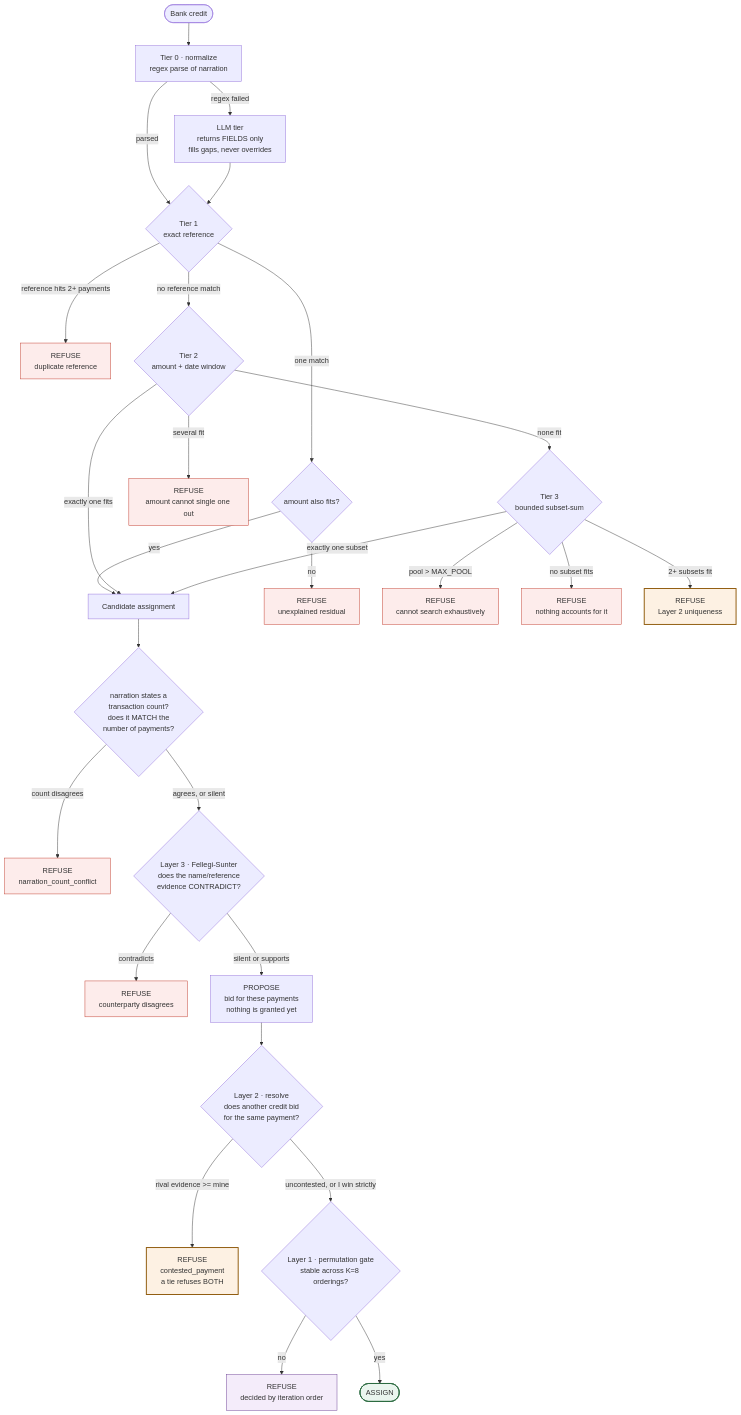
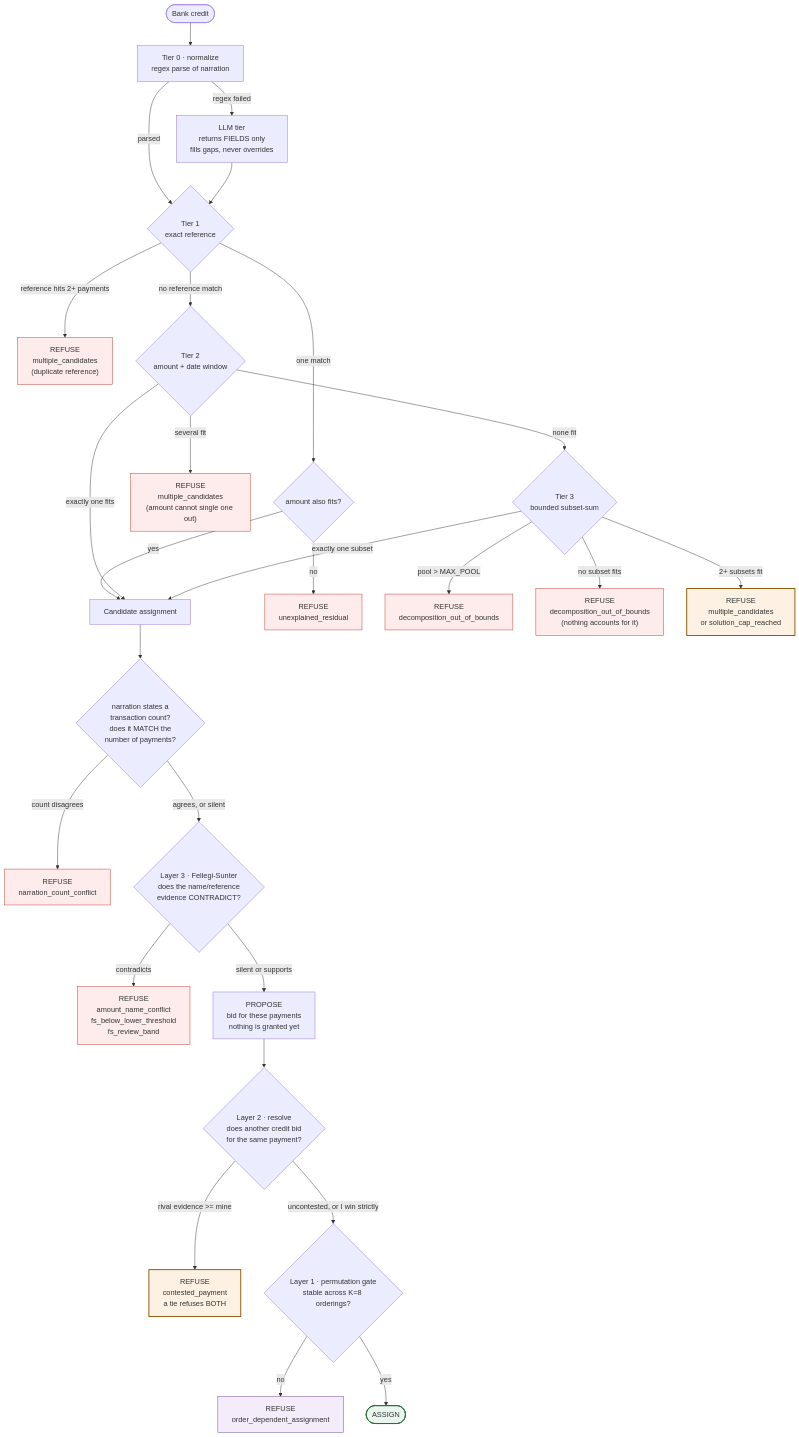
The second of 7 diagrams in docs/FLOWCHARTS.md (baymax-afk/Pramana_RZP_buildathon_reconciliation_agent), drawn with Mermaid before and after one commit. The commit also changed other lines of this file and 5 other files, not shown here.

````diff
--- a/docs/FLOWCHARTS.md
+++ b/docs/FLOWCHARTS.md
@@ -65,50 +65,50 @@
 ```mermaid
 flowchart TD
     START(["Bank credit"]) --> PARSE["Tier 0 · normalize<br/>regex parse of narration"]
     PARSE -->|regex failed| LLM["LLM tier<br/>returns FIELDS only<br/>fills gaps, never overrides"]
     PARSE -->|parsed| T1
     LLM --> T1
 
     T1{"Tier 1<br/>exact reference"}
     T1 -->|one match| CHECK1{"amount also fits?"}
-    T1 -->|reference hits 2+ payments| REF_DUP["REFUSE<br/>duplicate reference"]
+    T1 -->|reference hits 2+ payments| REF_DUP["REFUSE<br/>multiple_candidates<br/>(duplicate reference)"]
     T1 -->|no reference match| T2
 
     CHECK1 -->|yes| ASSIGN
-    CHECK1 -->|no| RESID["REFUSE<br/>unexplained residual"]
+    CHECK1 -->|no| RESID["REFUSE<br/>unexplained_residual"]
 
     T2{"Tier 2<br/>amount + date window"}
     T2 -->|exactly one fits| ASSIGN
-    T2 -->|several fit| MULTI2["REFUSE<br/>amount cannot single one out"]
+    T2 -->|several fit| MULTI2["REFUSE<br/>multiple_candidates<br/>(amount cannot single one out)"]
     T2 -->|none fit| T3
 
     T3{"Tier 3<br/>bounded subset-sum"}
-    T3 -->|pool > MAX_POOL| BOUNDS["REFUSE<br/>cannot search exhaustively"]
-    T3 -->|no subset fits| NONE["REFUSE<br/>nothing accounts for it"]
-    T3 -->|2+ subsets fit| MULTI3["REFUSE<br/>Layer 2 uniqueness"]
+    T3 -->|pool > MAX_POOL| BOUNDS["REFUSE<br/>decomposition_out_of_bounds"]
+    T3 -->|no subset fits| NONE["REFUSE<br/>decomposition_out_of_bounds<br/>(nothing accounts for it)"]
+    T3 -->|2+ subsets fit| MULTI3["REFUSE<br/>multiple_candidates<br/>or solution_cap_reached"]
     T3 -->|exactly one subset| ASSIGN
 
     ASSIGN["Candidate assignment"] --> COUNT{"narration states a<br/>transaction count?<br/>does it MATCH the<br/>number of payments?"}
     COUNT -->|"count disagrees"| CNTNO["REFUSE<br/>narration_count_conflict"]
     COUNT -->|"agrees, or silent"| FS{"Layer 3 · Fellegi-Sunter<br/>does the name/reference<br/>evidence CONTRADICT?"}
-    FS -->|contradicts| FSNO["REFUSE<br/>counterparty disagrees"]
+    FS -->|contradicts| FSNO["REFUSE<br/>amount_name_conflict<br/>fs_below_lower_threshold<br/>fs_review_band"]
     FS -->|silent or supports| PROP["PROPOSE<br/>bid for these payments<br/>nothing is granted yet"]
 
     PROP --> RES{"Layer 2 · resolve<br/>does another credit bid<br/>for the same payment?"}
     RES -->|"rival evidence >= mine"| CONT["REFUSE<br/>contested_payment<br/>a tie refuses BOTH"]
     RES -->|"uncontested, or I win strictly"| GATE{"Layer 1 · permutation gate<br/>stable across K=8 orderings?"}
-    GATE -->|no| ORD["REFUSE<br/>decided by iteration order"]
+    GATE -->|no| ORD["REFUSE<br/>order_dependent_assignment"]
     GATE -->|yes| FINAL(["ASSIGN"])
 
     style REF_DUP fill:#fdeceb,stroke:#c0392b
     style RESID fill:#fdeceb,stroke:#c0392b
     style MULTI2 fill:#fdeceb,stroke:#c0392b
     style MULTI3 fill:#fdf1e3,stroke:#8a5300,stroke-width:2px
     style BOUNDS fill:#fdeceb,stroke:#c0392b
     style NONE fill:#fdeceb,stroke:#c0392b
     style CNTNO fill:#fdeceb,stroke:#c0392b
     style FSNO fill:#fdeceb,stroke:#c0392b
     style CONT fill:#fdf1e3,stroke:#8a5300,stroke-width:2px
     style ORD fill:#f4ecfa,stroke:#6a3e93
     style FINAL fill:#eaf5ee,stroke:#2c6b41,stroke-width:2px
 ```
````
